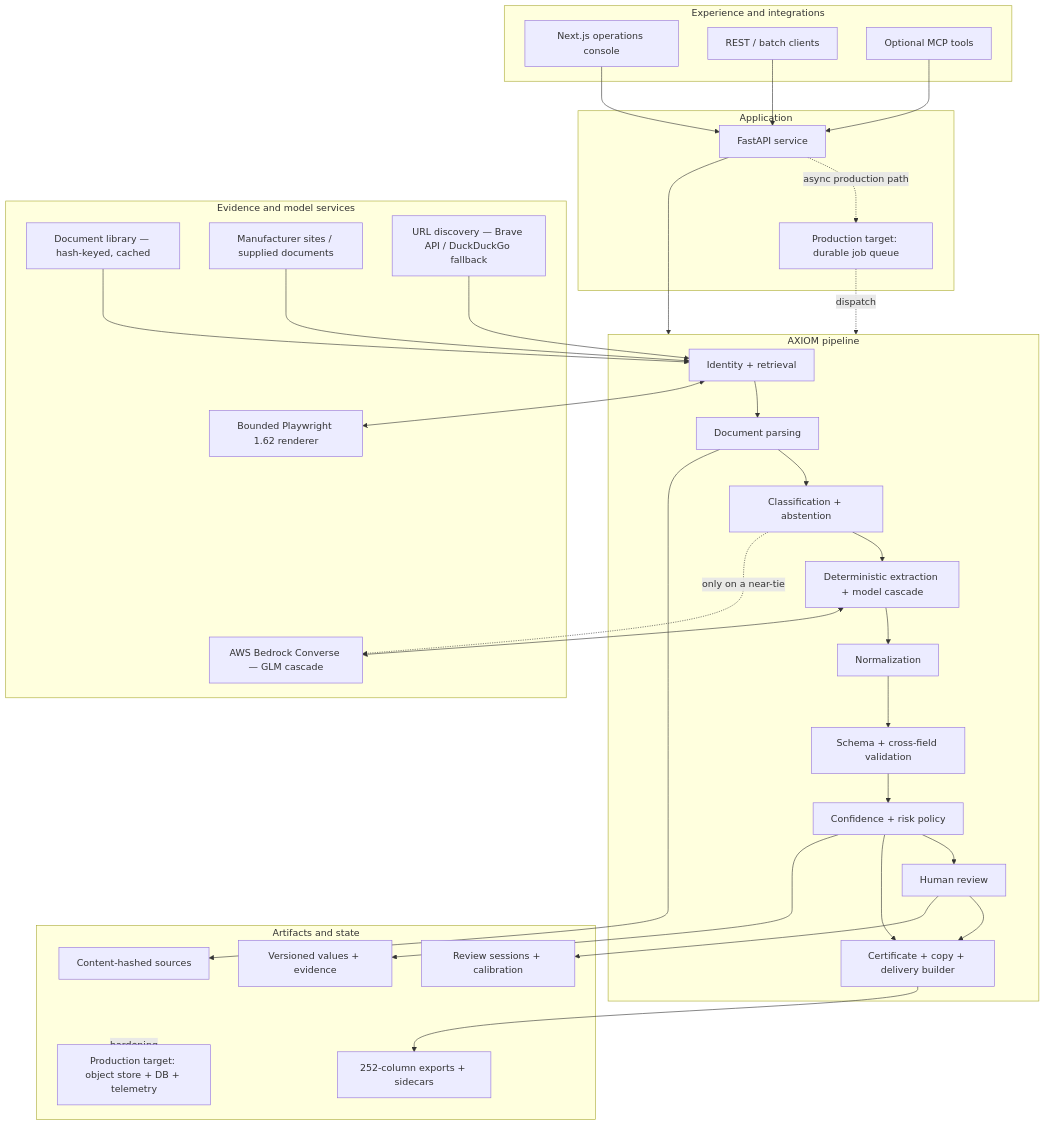
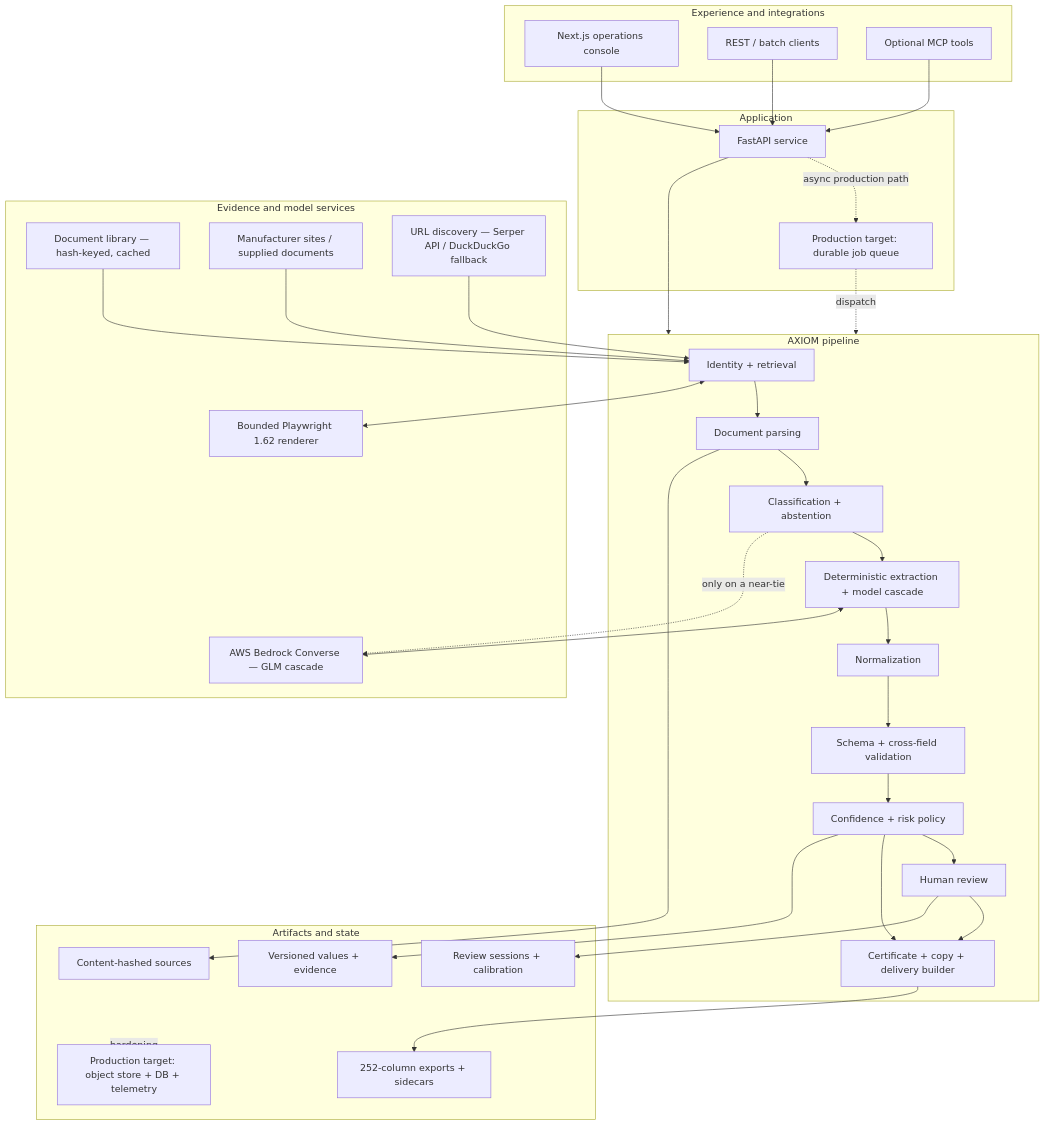
The second of 2 diagrams in UniHack_Presentation_Content.md (varshith21-codes/Unilog), drawn with Mermaid before and after one commit. The commit also changed other lines of this file and 58 other files, not shown here.

````diff
--- a/UniHack_Presentation_Content.md
+++ b/UniHack_Presentation_Content.md
@@ -454,63 +454,63 @@
 ```mermaid
 flowchart TB
     subgraph UX[Experience and integrations]
         UI[Next.js operations console]
         REST[REST / batch clients]
         MCP[Optional MCP tools]
     end
 
     subgraph APP[Application]
         API[FastAPI service]
         QUEUE[Production target: durable job queue]
     end
 
     subgraph CORE[AXIOM pipeline]
         RET[Identity + retrieval]
         PARSE[Document parsing]
         CLS[Classification + abstention]
         EXT[Deterministic extraction + model cascade]
         NORM[Normalization]
         VAL[Schema + cross-field validation]
         POL[Confidence + risk policy]
         REV[Human review]
         OUT[Certificate + copy + delivery builder]
         RET --> PARSE --> CLS --> EXT --> NORM --> VAL --> POL
         POL --> REV
         POL --> OUT
         REV --> OUT
     end
 
     subgraph EXTNL[Evidence and model services]
         LIB["Document library — hash-keyed, cached"]
         SRC[Manufacturer sites / supplied documents]
-        SEARCH["URL discovery — Brave API / DuckDuckGo fallback"]
+        SEARCH["URL discovery — Serper API / DuckDuckGo fallback"]
         BROWSER["Bounded Playwright 1.62 renderer"]
         BED["AWS Bedrock Converse — GLM cascade"]
     end
 
     subgraph DATA[Artifacts and state]
         HASH[Content-hashed sources]
         REC[Versioned values + evidence]
         SES[Review sessions + calibration]
         EXP[252-column exports + sidecars]
         PROD[Production target: object store + DB + telemetry]
     end
 
     UI --> API
     REST --> API
     MCP --> API
     API --> CORE
     API -.async production path.-> QUEUE
     QUEUE -.dispatch.-> CORE
     LIB --> RET
     SRC --> RET
     SEARCH --> RET
     RET <--> BROWSER
     EXT <--> BED
     CLS -.only on a near-tie.-> BED
     PARSE --> HASH
     POL --> REC
     REV --> SES
     OUT --> EXP
     DATA -.hardening.-> PROD
 ```
````
